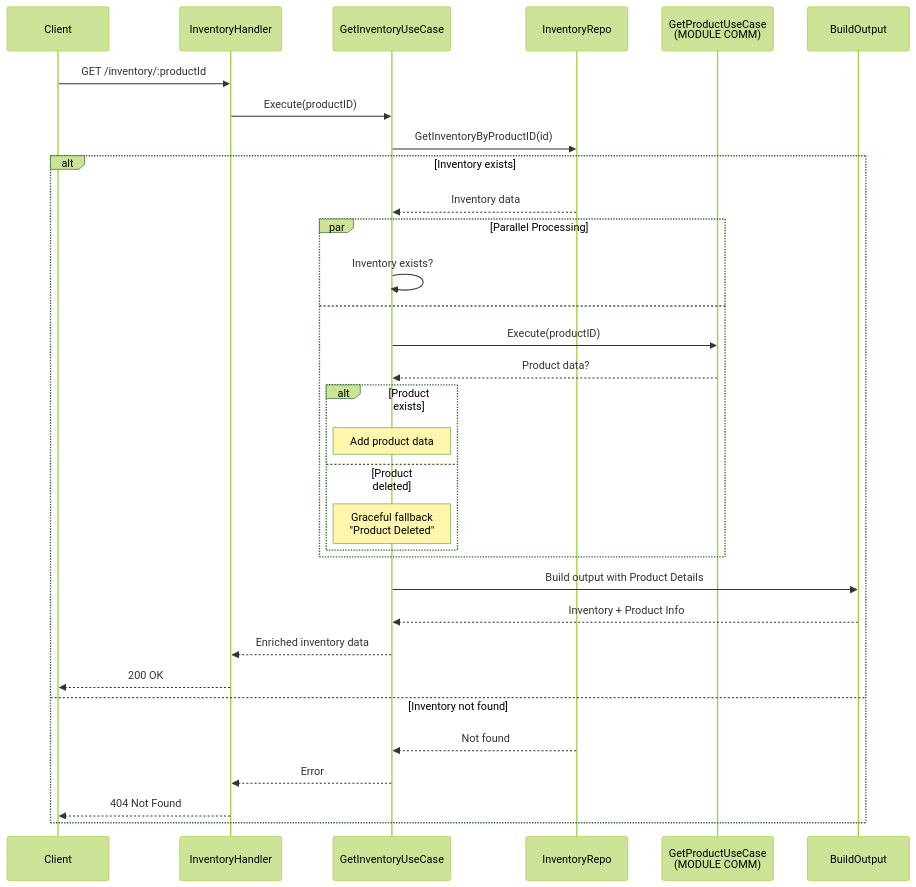
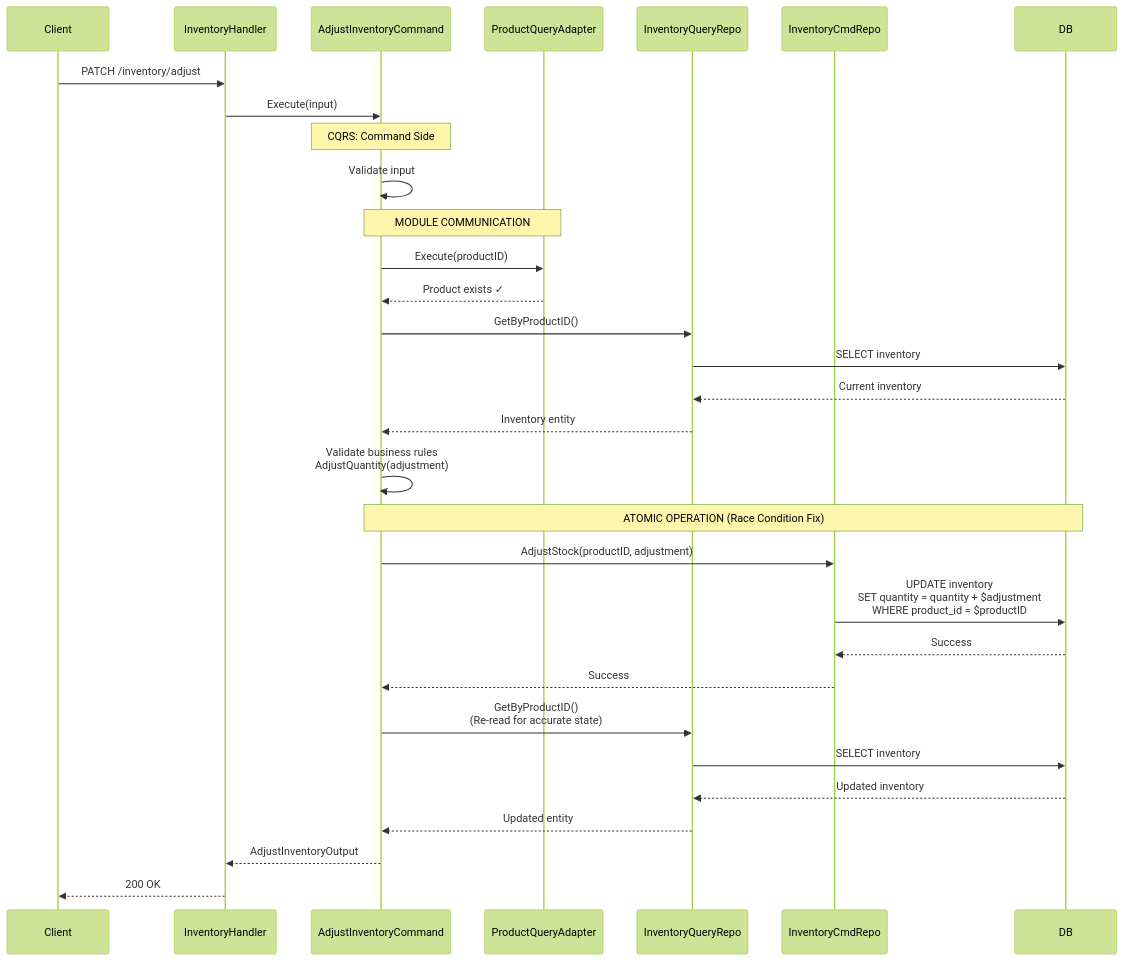
The fifth of 10 diagrams in ARCHITECTURE_DIAGRAM.md (JoshuaPangaribuan/clean-arch-ddd), drawn with Mermaid (forest theme) before and after one commit. The commit also changed other lines of this file and 19 other files, not shown here.

First line of the commit message:
feat: Implement CQRS pattern with bug fixes and architecture updates

````diff
--- a/ARCHITECTURE_DIAGRAM.md
+++ b/ARCHITECTURE_DIAGRAM.md
@@ -169,38 +235,42 @@
 ```mermaid
 sequenceDiagram
     participant Client
     participant InventoryHandler
-    participant GetInventoryUseCase
-    participant InventoryRepo
-    participant ProductModule as GetProductUseCase<br/>(MODULE COMM)
-    participant BuildOutput
+    participant AdjustInventoryCommand
+    participant ProductQueryAdapter
+    participant InventoryQueryRepo
+    participant InventoryCmdRepo
+    participant DB
     
-    Client->>InventoryHandler: GET /inventory/:productId
-    InventoryHandler->>GetInventoryUseCase: Execute(productID)
-    GetInventoryUseCase->>InventoryRepo: GetInventoryByProductID(id)
+    Client->>InventoryHandler: PATCH /inventory/adjust
+    InventoryHandler->>AdjustInventoryCommand: Execute(input)
     
-    alt Inventory exists
-        InventoryRepo-->>GetInventoryUseCase: Inventory data
-        
-        par Parallel Processing
-            GetInventoryUseCase->>GetInventoryUseCase: Inventory exists?
-        and
-            GetInventoryUseCase->>ProductModule: Execute(productID)
-            ProductModule-->>GetInventoryUseCase: Product data?
-            alt Product exists
-                Note over GetInventoryUseCase: Add product data
-            else Product deleted
-                Note over GetInventoryUseCase: Graceful fallback<br/>"Product Deleted"
-            end
-        end
-        
-        GetInventoryUseCase->>BuildOutput: Build output with Product Details
-        BuildOutput-->>GetInventoryUseCase: Inventory + Product Info
-        GetInventoryUseCase-->>InventoryHandler: Enriched inventory data
-        InventoryHandler-->>Client: 200 OK
-    else Inventory not found
-        InventoryRepo-->>GetInventoryUseCase: Not found
-        GetInventoryUseCase-->>InventoryHandler: Error
-        InventoryHandler-->>Client: 404 Not Found
-    end
+    Note over AdjustInventoryCommand: CQRS: Command Side
+    
+    AdjustInventoryCommand->>AdjustInventoryCommand: Validate input
+    
+    Note over AdjustInventoryCommand,ProductQueryAdapter: MODULE COMMUNICATION
+    AdjustInventoryCommand->>ProductQueryAdapter: Execute(productID)
+    ProductQueryAdapter-->>AdjustInventoryCommand: Product exists ✓
+    
+    AdjustInventoryCommand->>InventoryQueryRepo: GetByProductID()
+    InventoryQueryRepo->>DB: SELECT inventory
+    DB-->>InventoryQueryRepo: Current inventory
+    InventoryQueryRepo-->>AdjustInventoryCommand: Inventory entity
+    
+    AdjustInventoryCommand->>AdjustInventoryCommand: Validate business rules<br/>AdjustQuantity(adjustment)
+    
+    Note over AdjustInventoryCommand,DB: ATOMIC OPERATION (Race Condition Fix)
+    AdjustInventoryCommand->>InventoryCmdRepo: AdjustStock(productID, adjustment)
+    InventoryCmdRepo->>DB: UPDATE inventory<br/>SET quantity = quantity + $adjustment<br/>WHERE product_id = $productID
+    DB-->>InventoryCmdRepo: Success
+    InventoryCmdRepo-->>AdjustInventoryCommand: Success
+    
+    AdjustInventoryCommand->>InventoryQueryRepo: GetByProductID()<br/>(Re-read for accurate state)
+    InventoryQueryRepo->>DB: SELECT inventory
+    DB-->>InventoryQueryRepo: Updated inventory
+    InventoryQueryRepo-->>AdjustInventoryCommand: Updated entity
+    
+    AdjustInventoryCommand-->>InventoryHandler: AdjustInventoryOutput
+    InventoryHandler-->>Client: 200 OK
 ```
````
